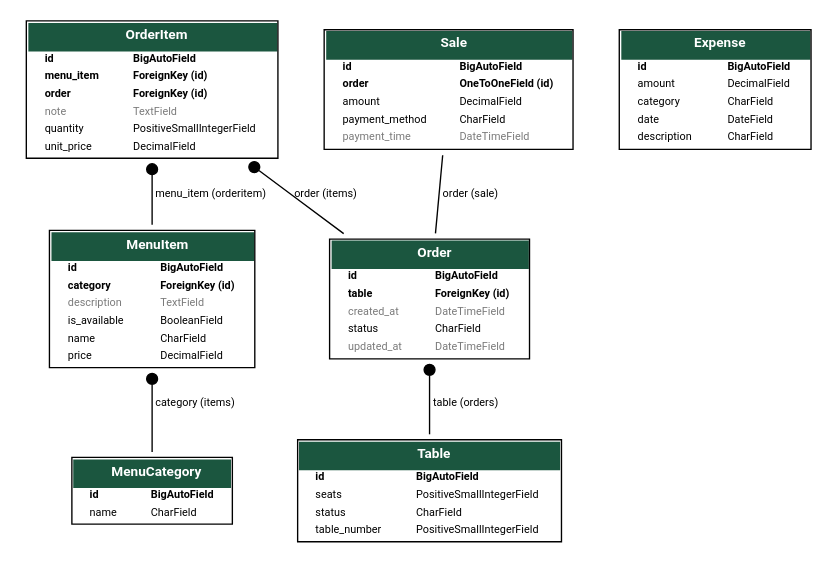
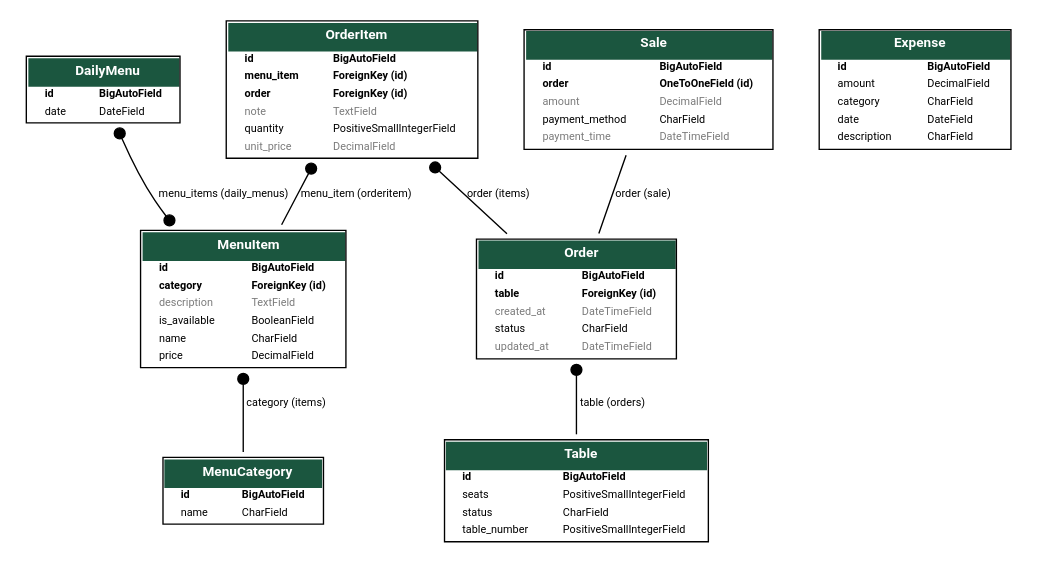
The diagram in models.dot (iBrokeTheCode/restaurant-system), drawn with Graphviz before and after one commit. The commit also changed 8 other files, not shown here.

Commit message:
chore: Create DailyMenu model

```diff
--- a/models.dot
+++ b/models.dot
@@ -1,6 +1,6 @@
 digraph model_graph {
   // Dotfile by Django-Extensions graph_models
-  // Created: 2025-04-24 01:54
+  // Created: 2025-04-27 17:18
   // Cli Options: menu orders tables sales expenses
 
   fontname = "Roboto"
@@ -101,6 +101,32 @@
     <FONT FACE="Roboto">price</FONT>
     </TD><TD ALIGN="LEFT">
     <FONT FACE="Roboto">DecimalField</FONT>
+    </TD></TR>
+  
+  
+    </TABLE>
+    >]
+
+  menu_models_DailyMenu [label=<
+    <TABLE BGCOLOR="white" BORDER="1" CELLBORDER="0" CELLSPACING="0">
+    <TR><TD COLSPAN="2" CELLPADDING="5" ALIGN="CENTER" BGCOLOR="#1b563f">
+    <FONT FACE="Roboto" COLOR="white" POINT-SIZE="10"><B>
+    DailyMenu
+    </B></FONT></TD></TR>
+  
+  
+    <TR><TD ALIGN="LEFT" BORDER="0">
+    <FONT FACE="Roboto"><B>id</B></FONT>
+    </TD><TD ALIGN="LEFT">
+    <FONT FACE="Roboto"><B>BigAutoField</B></FONT>
+    </TD></TR>
+  
+  
+  
+    <TR><TD ALIGN="LEFT" BORDER="0">
+    <FONT FACE="Roboto">date</FONT>
+    </TD><TD ALIGN="LEFT">
+    <FONT FACE="Roboto">DateField</FONT>
     </TD></TR>
   
   
@@ -209,9 +235,9 @@
   
   
     <TR><TD ALIGN="LEFT" BORDER="0">
-    <FONT FACE="Roboto">unit_price</FONT>
+    <FONT COLOR="#7B7B7B" FACE="Roboto">unit_price</FONT>
     </TD><TD ALIGN="LEFT">
-    <FONT FACE="Roboto">DecimalField</FONT>
+    <FONT COLOR="#7B7B7B" FACE="Roboto">DecimalField</FONT>
     </TD></TR>
   
   
@@ -291,9 +317,9 @@
   
   
     <TR><TD ALIGN="LEFT" BORDER="0">
-    <FONT FACE="Roboto">amount</FONT>
+    <FONT COLOR="#7B7B7B" FACE="Roboto">amount</FONT>
     </TD><TD ALIGN="LEFT">
-    <FONT FACE="Roboto">DecimalField</FONT>
+    <FONT COLOR="#7B7B7B" FACE="Roboto">DecimalField</FONT>
     </TD></TR>
   
   
@@ -377,6 +403,9 @@
   menu_models_MenuItem -> menu_models_MenuCategory
   [label=" category (items)"] [arrowhead=none, arrowtail=dot, dir=both];
 
+  menu_models_DailyMenu -> menu_models_MenuItem
+  [label=" menu_items (daily_menus)"] [arrowhead=dot arrowtail=dot, dir=both];
+
 
   orders_models_Order -> tables_models_Table
   [label=" table (orders)"] [arrowhead=none, arrowtail=dot, dir=both];
```
